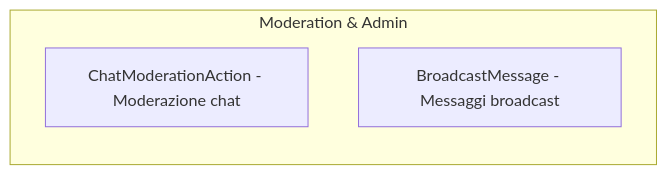
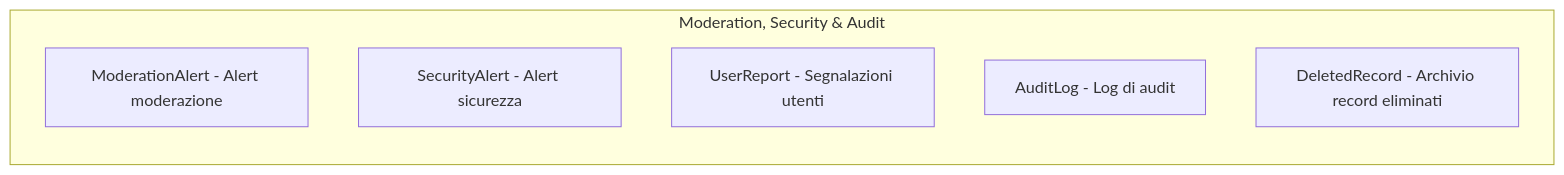
Diagram 13 of 14 in docs/tecnica/infrastructure/mongodb-schemas.md (pagliagen/tenpennynovels), drawn with Mermaid before and after one commit. The commit also changed other lines of this file and 523 other files, not shown here.

````diff
--- a/docs/tecnica/infrastructure/mongodb-schemas.md
+++ b/docs/tecnica/infrastructure/mongodb-schemas.md
@@ -140,7 +161,10 @@
 ```mermaid
 flowchart LR
-    subgraph Mod["Moderation & Admin"]
-        ChatModerationAction[ChatModerationAction - Moderazione chat]
-        BroadcastMessage[BroadcastMessage - Messaggi broadcast]
+    subgraph Mod["Moderation, Security & Audit"]
+        ModerationAlert[ModerationAlert - Alert moderazione]
+        SecurityAlert[SecurityAlert - Alert sicurezza]
+        UserReport[UserReport - Segnalazioni utenti]
+        AuditLog[AuditLog - Log di audit]
+        DeletedRecord[DeletedRecord - Archivio record eliminati]
     end
 ```
````
